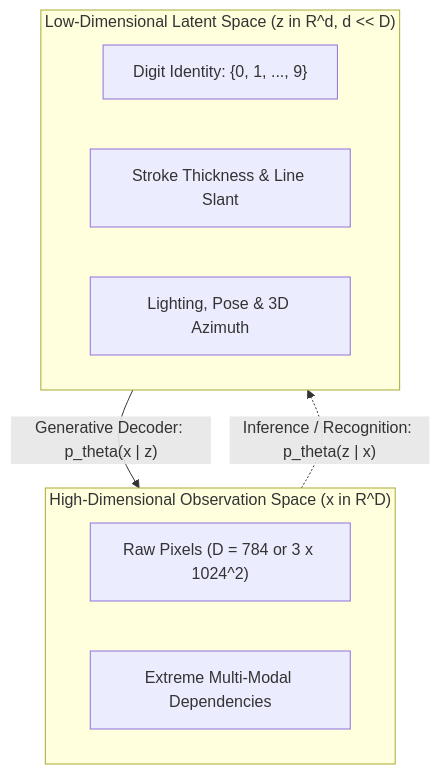
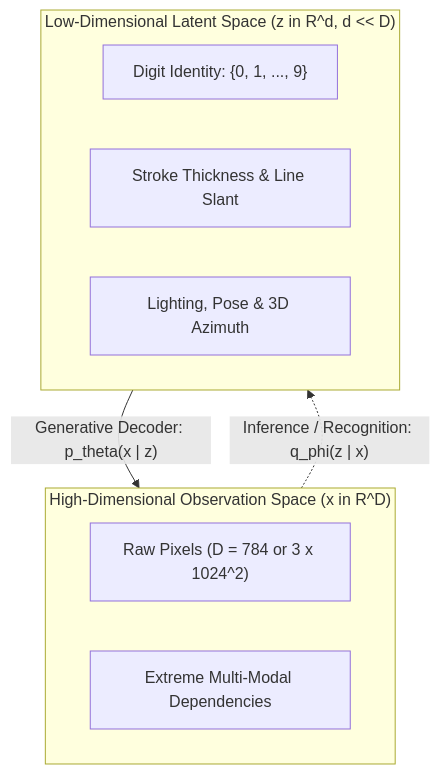
Before and after one commit to ghif/IF5152: the first of 3 diagrams in generative-models/docs/03_variational_inference_elbo.md, drawn with Mermaid. The commit also changed other lines of this file and 14 other files, not shown here.

````diff
--- a/generative-models/docs/03_variational_inference_elbo.md
+++ b/generative-models/docs/03_variational_inference_elbo.md
@@ -11,16 +11,16 @@
 ```mermaid
 flowchart TD
     subgraph ObservableSpace ["High-Dimensional Observation Space (x in R^D)"]
         D1["Raw Pixels (D = 784 or 3 x 1024^2)"]
         D2["Extreme Multi-Modal Dependencies"]
     end
 
     subgraph LatentSpace ["Low-Dimensional Latent Space (z in R^d, d << D)"]
         Z1["Digit Identity: {0, 1, ..., 9}"]
         Z2["Stroke Thickness & Line Slant"]
         Z3["Lighting, Pose & 3D Azimuth"]
     end
 
     LatentSpace -->|"Generative Decoder: p_theta(x | z)"| ObservableSpace
-    ObservableSpace -.->|"Inference / Recognition: p_theta(z | x)"| LatentSpace
+    ObservableSpace -.->|"Inference / Recognition: q_phi(z | x)"| LatentSpace
 ```
````
